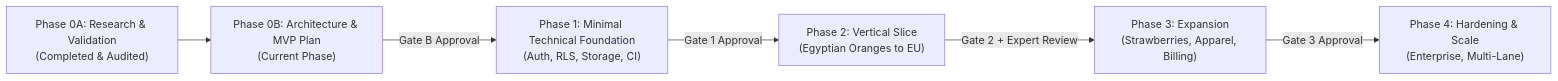
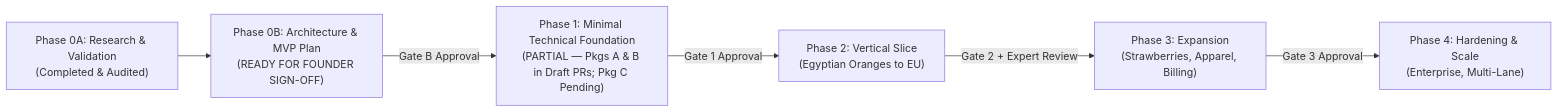
The diagram in docs/DEVELOPMENT_ROADMAP.md (samiilong12-boop/ReguLens), drawn with Mermaid before and after one commit. The commit also changed other lines of this file and 26 other files, not shown here.

````diff
--- a/docs/DEVELOPMENT_ROADMAP.md
+++ b/docs/DEVELOPMENT_ROADMAP.md
@@ -12,8 +23,8 @@
 ```mermaid
 graph LR
-    P0A["Phase 0A: Research & Validation<br>(Completed & Audited)"] --> P0B["Phase 0B: Architecture & MVP Plan<br>(Current Phase)"]
-    P0B -->|Gate B Approval| P1["Phase 1: Minimal Technical Foundation<br>(Auth, RLS, Storage, CI)"]
+    P0A["Phase 0A: Research & Validation<br>(Completed & Audited)"] --> P0B["Phase 0B: Architecture & MVP Plan<br>(READY FOR FOUNDER SIGN-OFF)"]
+    P0B -->|Gate B Approval| P1["Phase 1: Minimal Technical Foundation<br>(PARTIAL — Pkgs A & B in Draft PRs; Pkg C Pending)"]
     P1 -->|Gate 1 Approval| P2["Phase 2: Vertical Slice<br>(Egyptian Oranges to EU)"]
     P2 -->|Gate 2 + Expert Review| P3["Phase 3: Expansion<br>(Strawberries, Apparel, Billing)"]
     P3 -->|Gate 3 Approval| P4["Phase 4: Hardening & Scale<br>(Enterprise, Multi-Lane)"]
 ```
````
